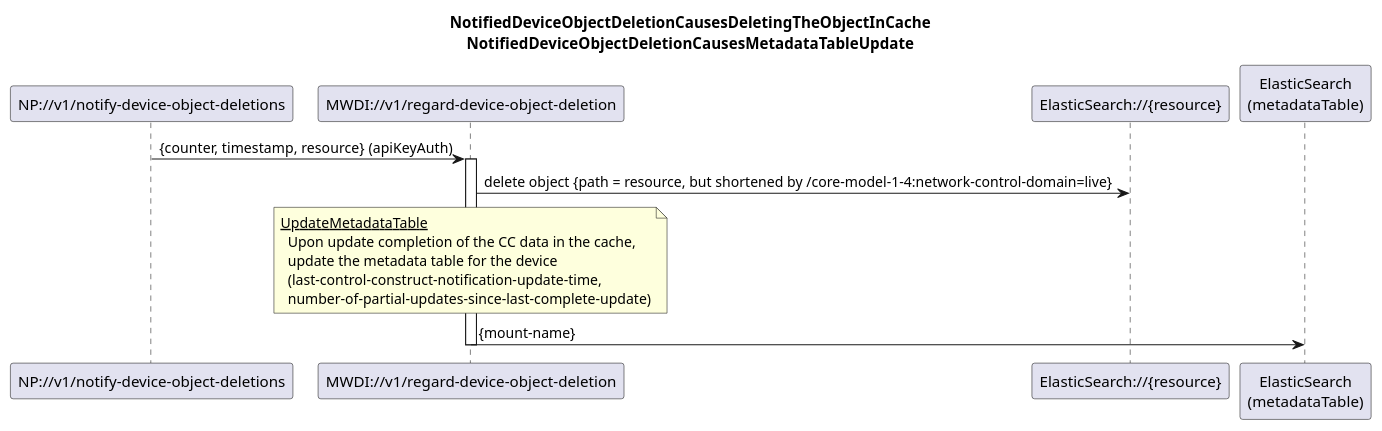
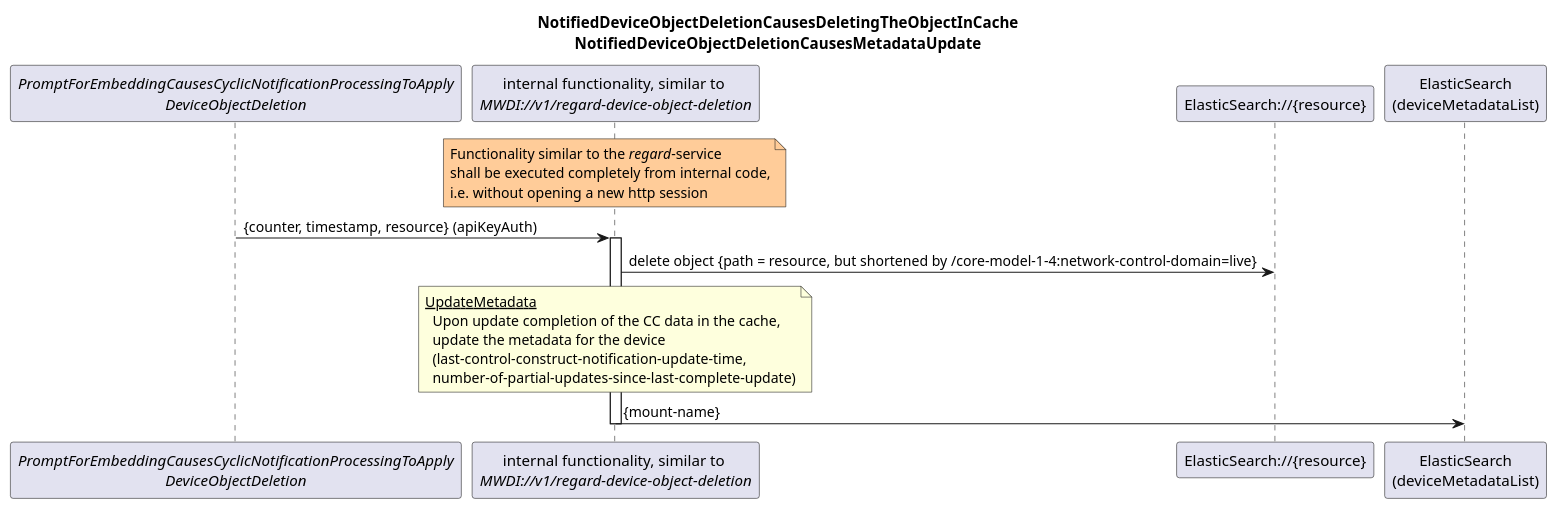
Before and after one commit to openBackhaul/MicroWaveDeviceInventory: the diagram in spec/diagrams/026_NotificationBasedObjectDeletion.plantuml, drawn with PlantUML. The commit also changed 181 other files, not shown here.

```diff
--- a/spec/diagrams/026_NotificationBasedObjectDeletion.plantuml
+++ b/spec/diagrams/026_NotificationBasedObjectDeletion.plantuml
@@ -1,31 +1,37 @@
 @startuml 026_NotificationBasedObjectDeletion
 skinparam responseMessageBelowArrow true
 
 title 
   NotifiedDeviceObjectDeletionCausesDeletingTheObjectInCache
-  NotifiedDeviceObjectDeletionCausesMetadataTableUpdate
+  NotifiedDeviceObjectDeletionCausesMetadataUpdate
 end title
 
-participant "NP://v1/notify-device-object-deletions" as subscription
-participant "MWDI://v1/regard-device-object-deletion" as regardObjectDeletion
+participant "<i>PromptForEmbeddingCausesCyclicNotificationProcessingToApply</i>\n<i>DeviceObjectDeletion</i>" as init
+participant "internal functionality, similar to \n<i>MWDI://v1/regard-device-object-deletion</i>" as regardObjectDeletion
 participant "ElasticSearch://{resource}" as es
-participant "ElasticSearch\n(metadataTable)" as mtab
+participant "ElasticSearch\n(deviceMetadataList)" as mtab
 
-subscription -> regardObjectDeletion: {counter, timestamp, resource} (apiKeyAuth)
+note over regardObjectDeletion #ffcc99
+  Functionality similar to the <i>regard</i>-service
+  shall be executed completely from internal code,
+  i.e. without opening a new http session
+end note
+
+init -> regardObjectDeletion: {counter, timestamp, resource} (apiKeyAuth)
 
 activate regardObjectDeletion
 
 regardObjectDeletion -> es: delete object {path = resource, but shortened by /core-model-1-4:network-control-domain=live}
 
 note over regardObjectDeletion
-  <u>UpdateMetadataTable</u>
+  <u>UpdateMetadata</u>
     Upon update completion of the CC data in the cache,
-    update the metadata table for the device
+    update the metadata for the device
     (last-control-construct-notification-update-time,
     number-of-partial-updates-since-last-complete-update)
 end note
 regardObjectDeletion -> mtab: {mount-name}
 
 deactivate regardObjectDeletion
 
 @enduml
```
